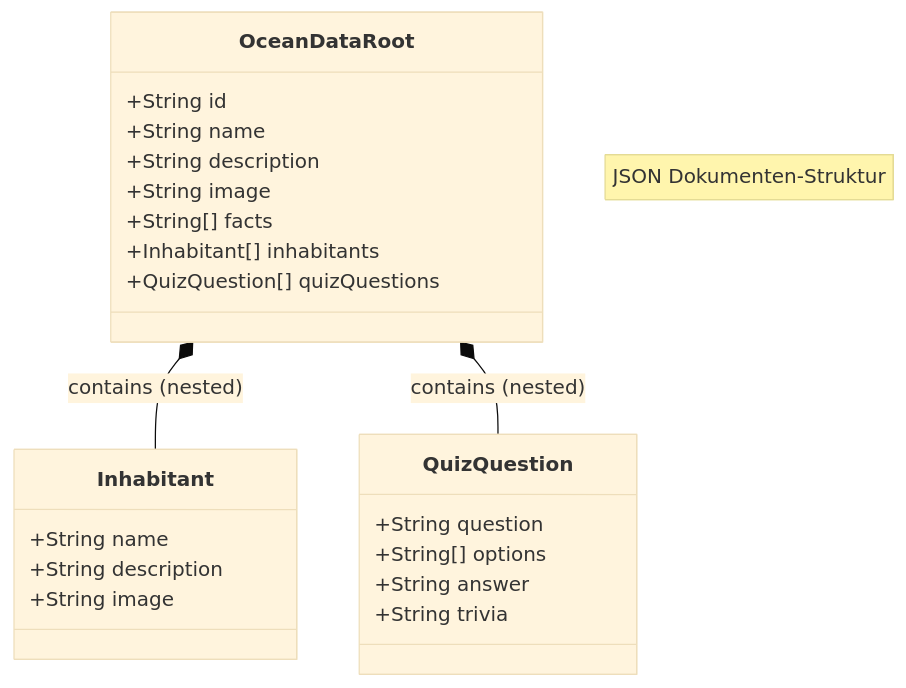
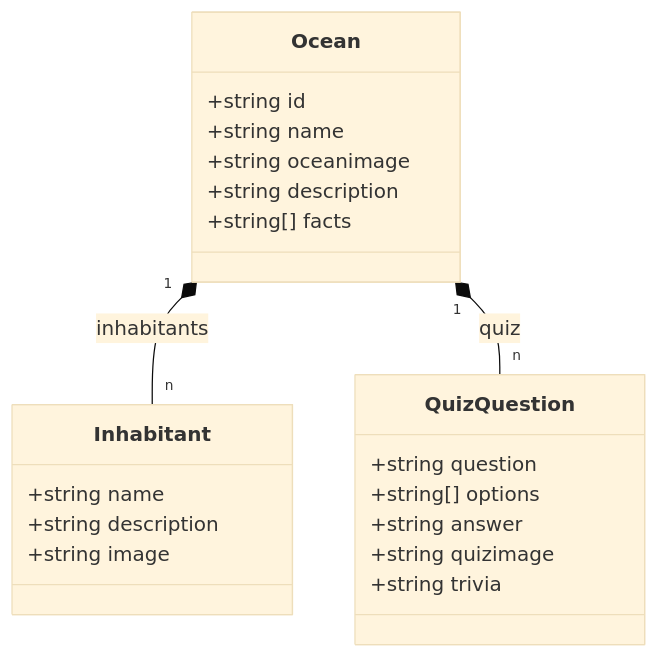
One commit to T-Boyke/EhlenAngularProjekt3 changed the fourth of 5 diagrams in docs/IHK_ABSCHLUSSPROJEKT.md. Above: the diagram before and after it, drawn with Mermaid (base theme).

````diff
--- a/docs/IHK_ABSCHLUSSPROJEKT.md
+++ b/docs/IHK_ABSCHLUSSPROJEKT.md
@@ -480,31 +480,38 @@
 ```mermaid
 classDiagram
-    direction TB
-    note "JSON Dokumenten-Struktur"
+    %% Styling Definitionen für ein sauberes Design
+    classDef root fill:#e3f2fd,stroke:#1565c0,stroke-width:2px;
+    classDef part fill:#f1f8e9,stroke:#558b2f,stroke-width:2px;
     
-    class OceanDataRoot {
-        +String id
-        +String name
-        +String description
-        +String image
-        +String[] facts
-        +Inhabitant[] inhabitants
-        +QuizQuestion[] quizQuestions
+    %% Klassen Definitionen
+    class Ocean {
+        +string id
+        +string name
+        +string oceanimage
+        +string description
+        +string[] facts
     }
 
     class Inhabitant {
-        +String name
-        +String description
-        +String image
+        +string name
+        +string description
+        +string image
     }
 
     class QuizQuestion {
-        +String question
-        +String[] options
-        +String answer
-        +String trivia
+        +string question
+        +string[] options
+        +string answer
+        +string quizimage
+        +string trivia
     }
 
-    OceanDataRoot *-- Inhabitant : contains (nested)
-    OceanDataRoot *-- QuizQuestion : contains (nested)
+    %% Beziehungen (Komposition)
+    Ocean "1" *-- "n" Inhabitant : inhabitants
+    Ocean "1" *-- "n" QuizQuestion : quiz
+
+    %% Anwendung der Styles
+    class Ocean:::root
+    class Inhabitant:::part
+    class QuizQuestion:::part
 ```
````
